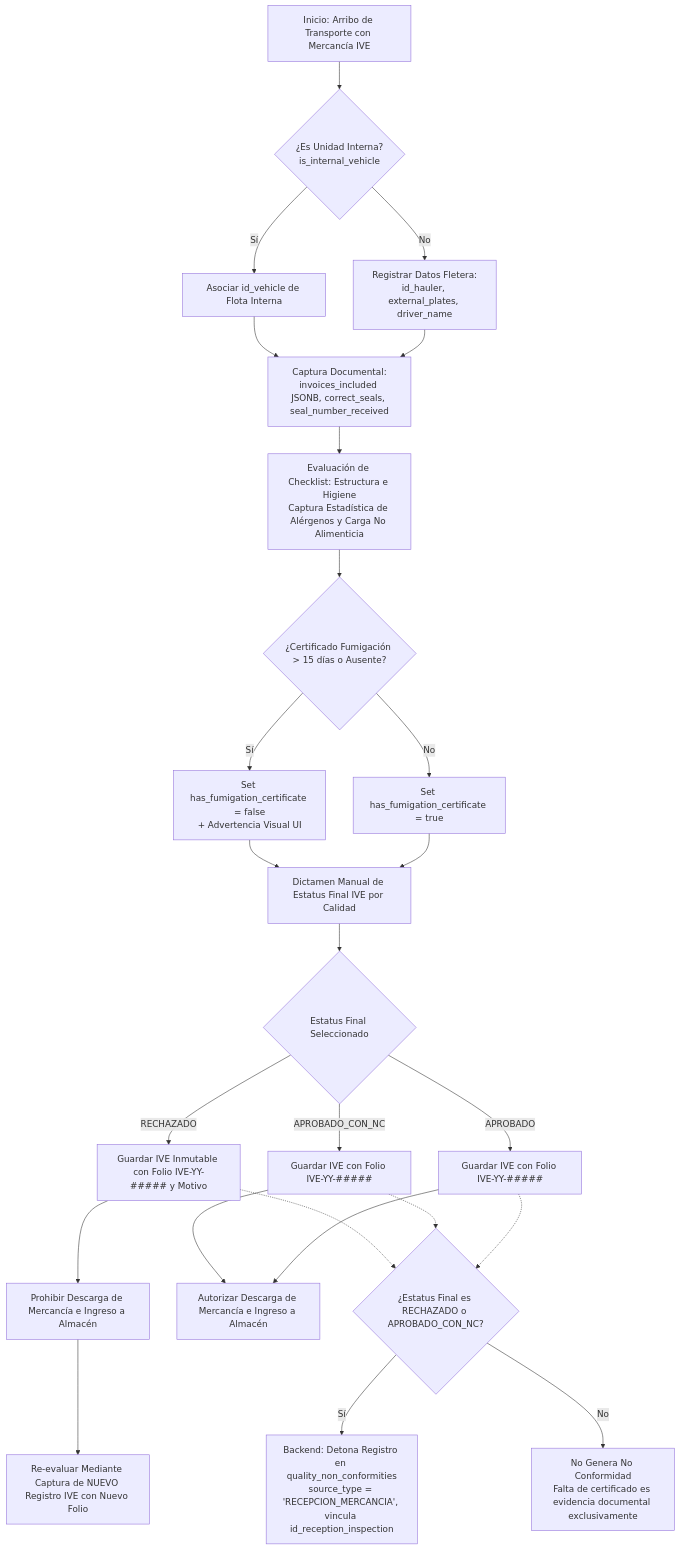
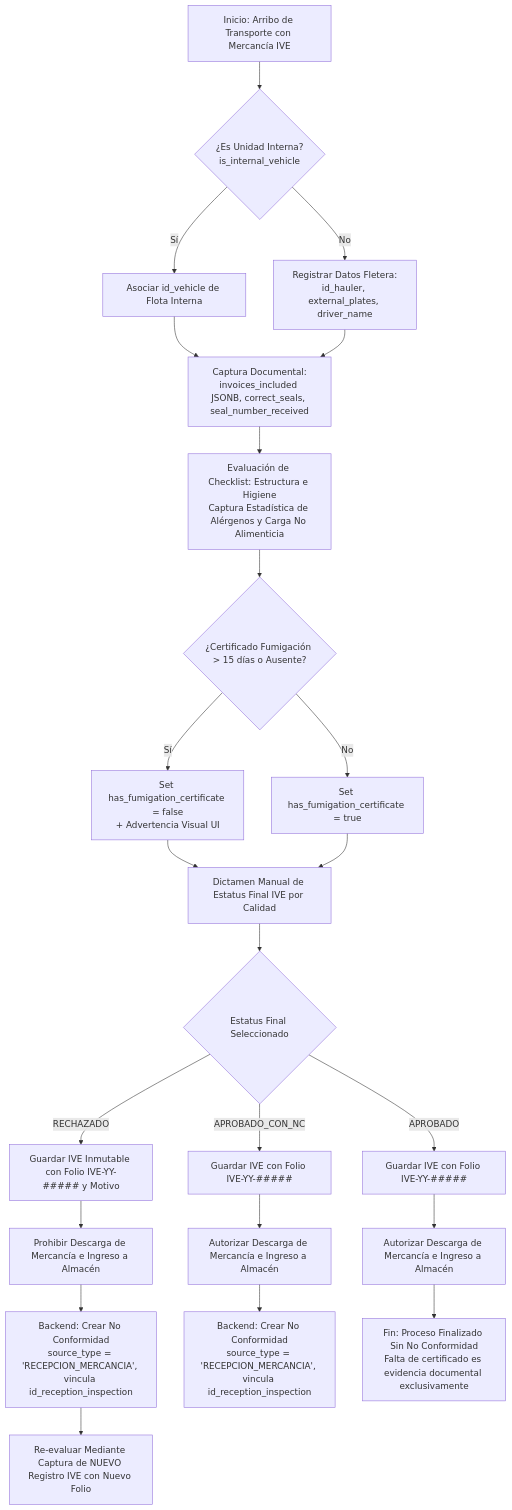
One commit to Automatizacion-KPC/KoonolApp changed the second of 2 diagrams in docs/modules/vehicle_inspection.md. Above: the diagram before and after it, drawn with Mermaid. The commit also changed other lines of this file, not shown here.

Commit message:
docs(vhi/docs): actualizar BR-VHI-03, BR-VHI-05, US-VHI-01, US-VHI-02 y diagramas de flujo [chore]

````diff
--- a/docs/modules/vehicle_inspection.md
+++ b/docs/modules/vehicle_inspection.md
@@ -192,39 +192,35 @@
 ```mermaid
 graph TD
     A1[Inicio: Arribo de Transporte con Mercancía IVE] --> B1{¿Es Unidad Interna?<br/>is_internal_vehicle}
 
     B1 -- Sí --> C1[Asociar id_vehicle de Flota Interna]
     B1 -- No --> D1[Registrar Datos Fletera:<br/>id_hauler, external_plates, driver_name]
 
     C1 --> E1[Captura Documental:<br/>invoices_included JSONB, correct_seals, seal_number_received]
     D1 --> E1
 
     E1 --> F1[Evaluación de Checklist: Estructura e Higiene<br/>Captura Estadística de Alérgenos y Carga No Alimenticia]
     F1 --> G1{¿Certificado Fumigación > 15 días o Ausente?}
 
     G1 -- Sí --> H1[Set has_fumigation_certificate = false<br/>+ Advertencia Visual UI]
     G1 -- No --> I1[Set has_fumigation_certificate = true]
 
     H1 --> J1[Dictamen Manual de Estatus Final IVE por Calidad]
     I1 --> J1
 
     J1 --> K1{Estatus Final Seleccionado}
 
+    %% Salidas IVE
     K1 -- RECHAZADO --> L1[Guardar IVE Inmutable con Folio IVE-YY-##### y Motivo]
     L1 --> M1[Prohibir Descarga de Mercancía e Ingreso a Almacén]
-    M1 --> N1[Re-evaluar Mediante Captura de NUEVO Registro IVE con Nuevo Folio]
+    M1 --> NC_IVE1[Backend: Crear No Conformidad<br/>source_type = 'RECEPCION_MERCANCIA', vincula id_reception_inspection]
+    NC_IVE1 --> N1[Re-evaluar Mediante Captura de NUEVO Registro IVE con Nuevo Folio]
 
     K1 -- APROBADO_CON_NC --> O1[Guardar IVE con Folio IVE-YY-#####]
     O1 --> P1[Autorizar Descarga de Mercancía e Ingreso a Almacén]
+    P1 --> NC_IVE2[Backend: Crear No Conformidad<br/>source_type = 'RECEPCION_MERCANCIA', vincula id_reception_inspection]
 
     K1 -- APROBADO --> O2[Guardar IVE con Folio IVE-YY-#####]
-    O2 --> P1
-
-    NC_CHECK_IVE{¿Estatus Final es RECHAZADO o APROBADO_CON_NC?}
-    L1 -.-> NC_CHECK_IVE
-    O1 -.-> NC_CHECK_IVE
-    O2 -.-> NC_CHECK_IVE
-
-    NC_CHECK_IVE -- Sí --> NC_GEN_IVE[Backend: Detona Registro en quality_non_conformities<br/>source_type = 'RECEPCION_MERCANCIA', vincula id_reception_inspection]
-    NC_CHECK_IVE -- No --> NC_END_IVE[No Genera No Conformidad<br/>Falta de certificado es evidencia documental exclusivamente]
+    O2 --> P2[Autorizar Descarga de Mercancía e Ingreso a Almacén]
+    P2 --> Q2[Fin: Proceso Finalizado Sin No Conformidad<br/>Falta de certificado es evidencia documental exclusivamente]
 ```
````
